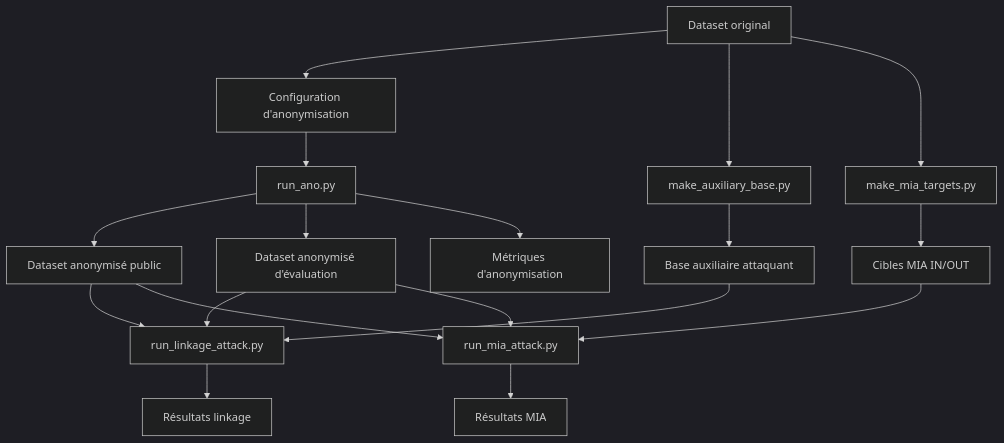
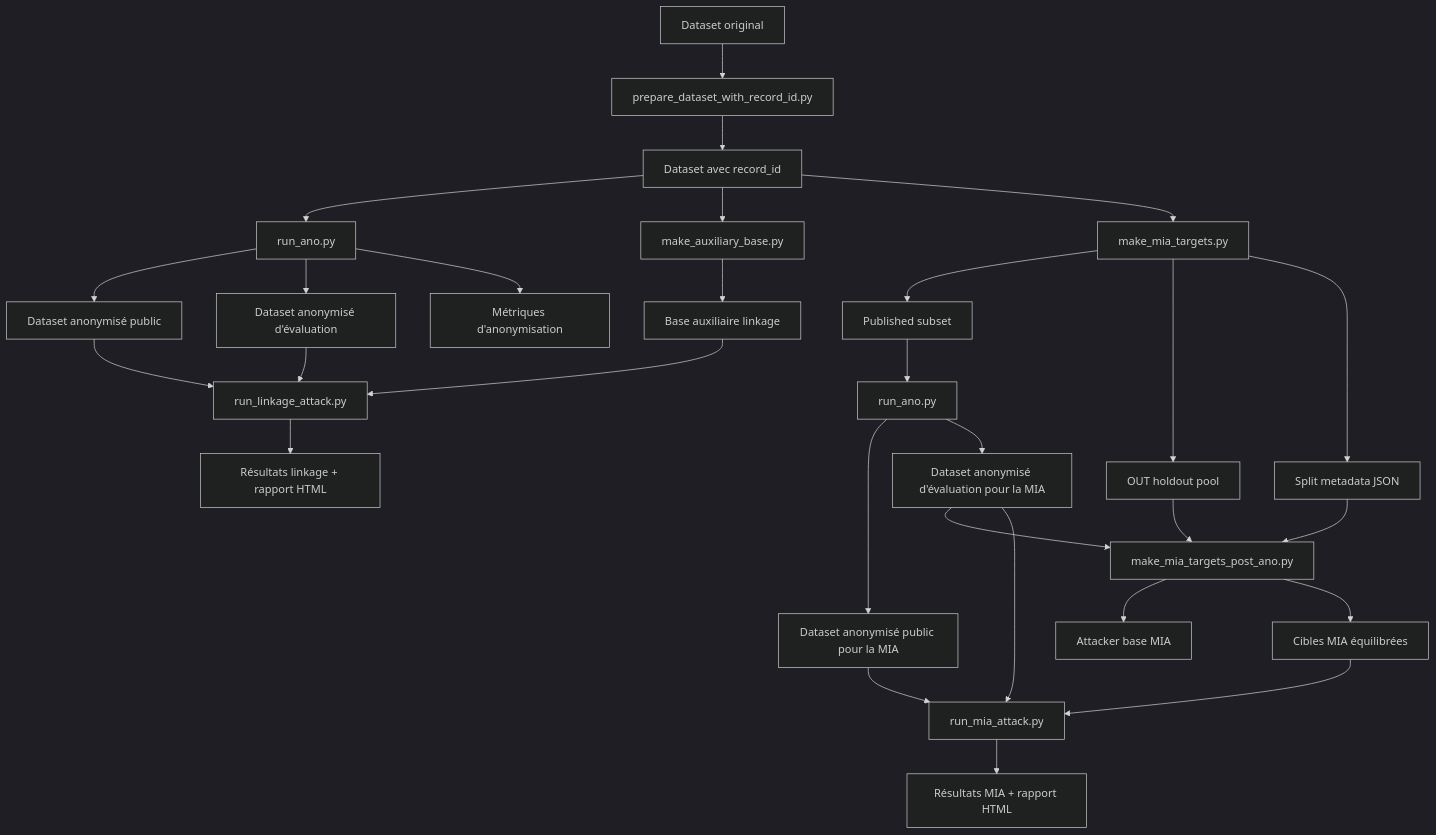
The diagram in ter_attacker_08_04/docs/vue_generale.md (LouisJauniau/TER_privacy_attack), drawn with Mermaid (dark theme) before and after one commit. The commit also changed other lines of this file and 170 other files, not shown here.

````diff
--- a/ter_attacker_08_04/docs/vue_generale.md
+++ b/ter_attacker_08_04/docs/vue_generale.md
@@ -26,24 +58,38 @@
 ```mermaid
 flowchart TD
-    A[Dataset original] --> B[Configuration d'anonymisation]
-    B --> C[run_ano.py]
-    C --> D[Dataset anonymisé public]
-    C --> E[Dataset anonymisé d'évaluation]
-    C --> F[Métriques d'anonymisation]
+    A[Dataset original] --> B[prepare_dataset_with_record_id.py]
+    B --> C[Dataset avec record_id]
 
-    A --> G[make_auxiliary_base.py]
-    G --> H[Base auxiliaire attaquant]
+    C --> D[run_ano.py]
+    D --> E[Dataset anonymisé public]
+    D --> F[Dataset anonymisé d'évaluation]
+    D --> G[Métriques d'anonymisation]
 
-    A --> I[make_mia_targets.py]
-    I --> J[Cibles MIA IN/OUT]
+    C --> H[make_auxiliary_base.py]
+    H --> I[Base auxiliaire linkage]
 
-    D --> K[run_linkage_attack.py]
-    E --> K
-    H --> K
-    K --> L[Résultats linkage]
+    E --> J[run_linkage_attack.py]
+    F --> J
+    I --> J
+    J --> K[Résultats linkage + rapport HTML]
 
-    D --> M[run_mia_attack.py]
-    E --> M
-    J --> M
-    M --> N[Résultats MIA]
+    C --> L[make_mia_targets.py]
+    L --> M[Published subset]
+    L --> N[OUT holdout pool]
+    L --> O[Split metadata JSON]
+
+    M --> P[run_ano.py]
+    P --> Q[Dataset anonymisé public pour la MIA]
+    P --> R[Dataset anonymisé d'évaluation pour la MIA]
+
+    N --> S[make_mia_targets_post_ano.py]
+    O --> S
+    R --> S
+    S --> T[Attacker base MIA]
+    S --> U[Cibles MIA équilibrées]
+
+    Q --> V[run_mia_attack.py]
+    R --> V
+    U --> V
+    V --> W[Résultats MIA + rapport HTML]
 ```
````
